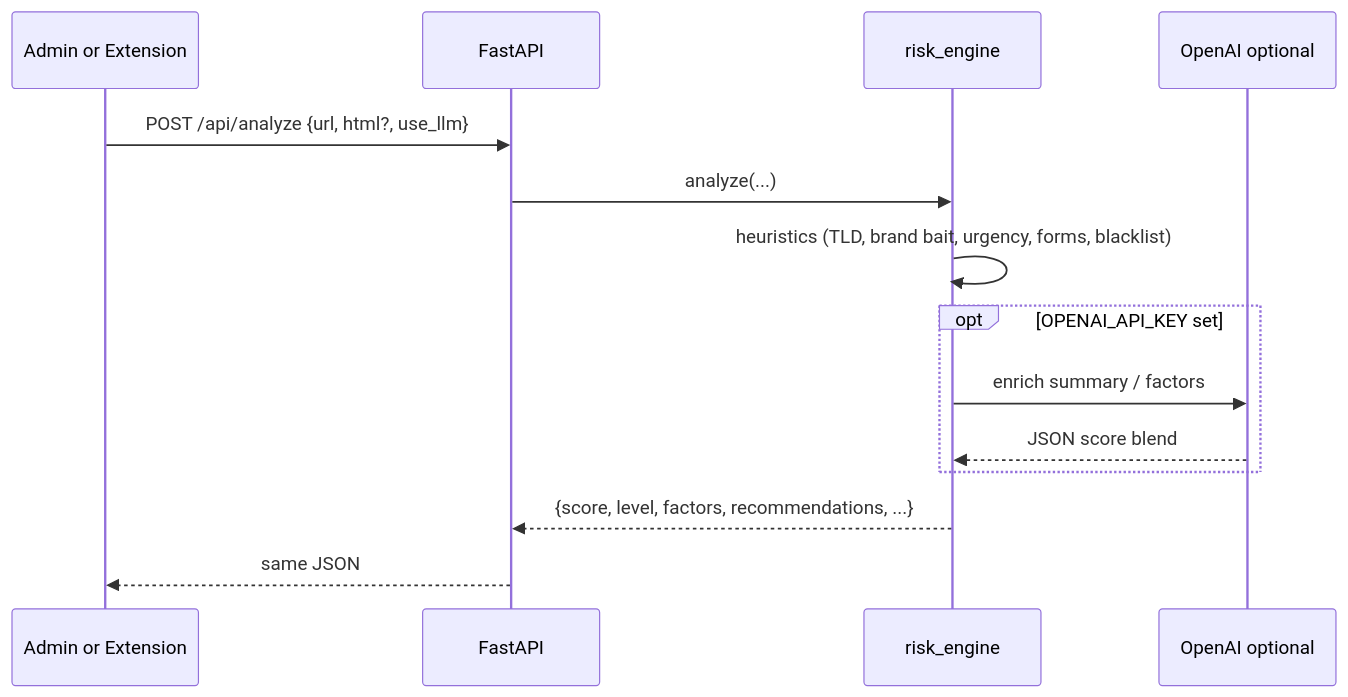
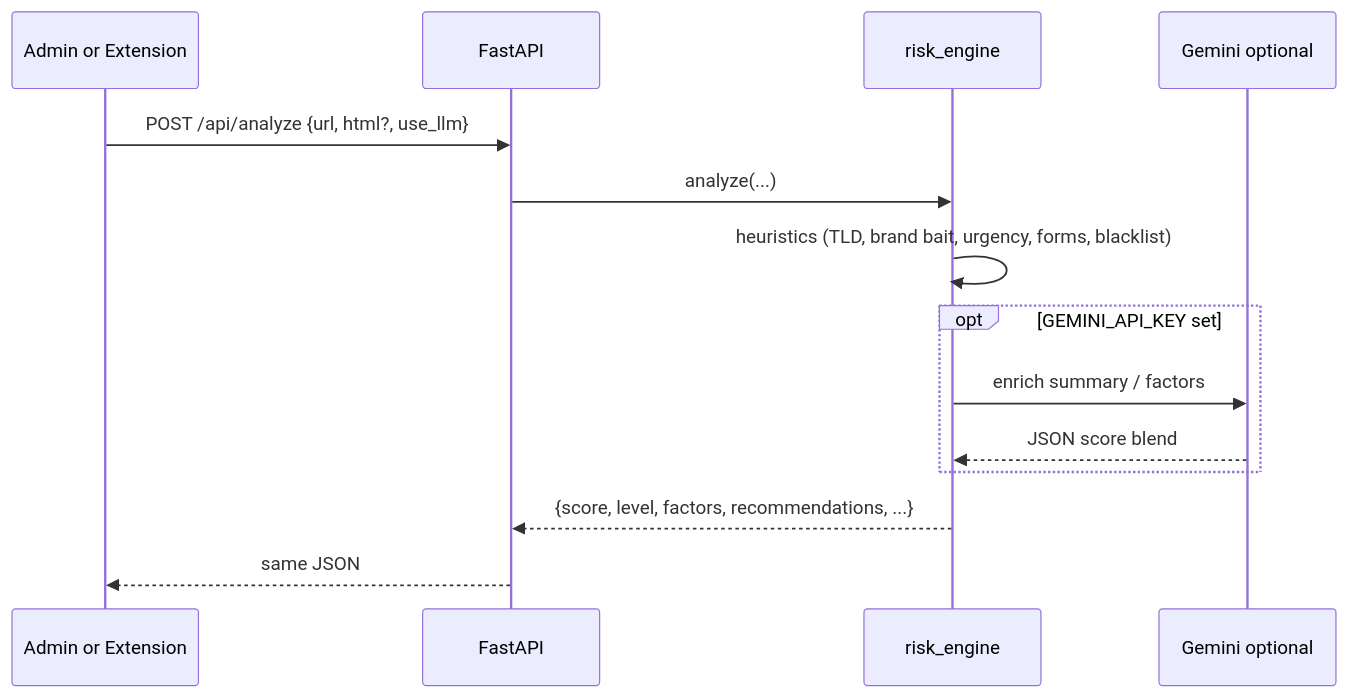
The fourth of 4 diagrams in docs/ARCHITECTURE.md (nevil-18/NetRex), drawn with Mermaid before and after one commit. The commit also changed other lines of this file and 28 other files, not shown here.

````diff
--- a/docs/ARCHITECTURE.md
+++ b/docs/ARCHITECTURE.md
@@ -152,17 +157,17 @@
 ```mermaid
 sequenceDiagram
   participant Client as Admin or Extension
   participant API as FastAPI
   participant Risk as risk_engine
-  participant LLM as OpenAI optional
+  participant LLM as Gemini optional
 
   Client->>API: POST /api/analyze {url, html?, use_llm}
   API->>Risk: analyze(...)
   Risk->>Risk: heuristics (TLD, brand bait, urgency, forms, blacklist)
-  opt OPENAI_API_KEY set
+  opt GEMINI_API_KEY set
     Risk->>LLM: enrich summary / factors
     LLM-->>Risk: JSON score blend
   end
   Risk-->>API: {score, level, factors, recommendations, ...}
   API-->>Client: same JSON
 ```
````
